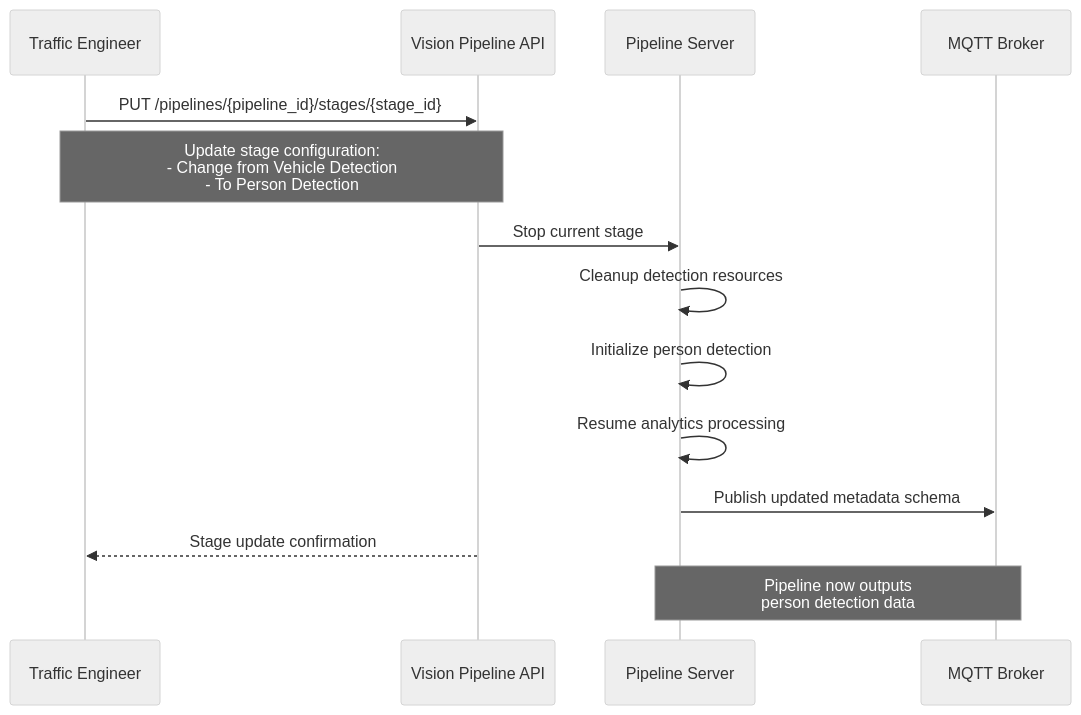
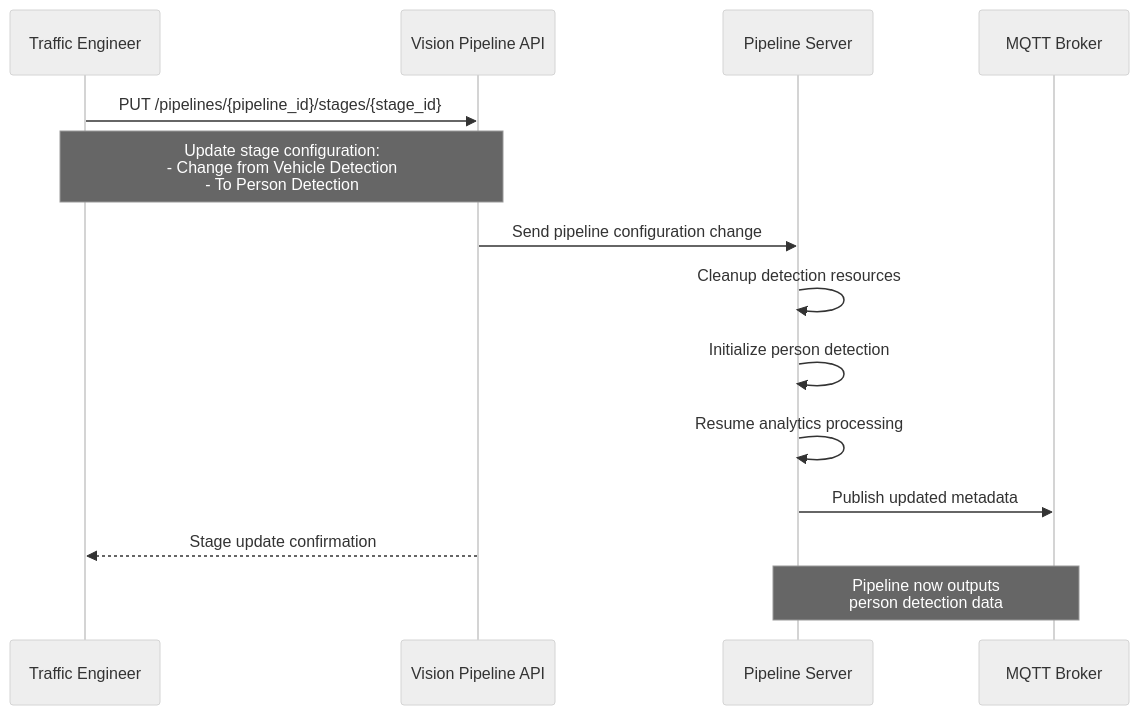
One commit to open-edge-platform/scenescape changed the fourth of 10 diagrams in docs/design/vision-pipeline-overview.md. Above: the diagram before and after it, drawn with Mermaid (neutral theme). The commit also changed other lines of this file, not shown here.

First line of the commit message:
Enhance Vision Pipeline API design with additional workflows and improvements

````diff
--- a/docs/design/vision-pipeline-overview.md
+++ b/docs/design/vision-pipeline-overview.md
@@ -243,18 +244,18 @@
 ```mermaid
 sequenceDiagram
     participant User as Traffic Engineer
     participant API as Vision Pipeline API
     participant Server as Pipeline Server
     participant MQTT as MQTT Broker
 
     User->>API: PUT /pipelines/{pipeline_id}/stages/{stage_id}
     Note over User,API: Update stage configuration:<br/>- Change from Vehicle Detection<br/>- To Person Detection
-    API->>Server: Stop current stage
+    API->>Server: Send pipeline configuration change
     Server->>Server: Cleanup detection resources
     Server->>Server: Initialize person detection
     Server->>Server: Resume analytics processing
-    Server->>MQTT: Publish updated metadata schema
+    Server->>MQTT: Publish updated metadata
     API-->>User: Stage update confirmation
     
     Note over Server,MQTT: Pipeline now outputs<br/>person detection data
 ```
````
